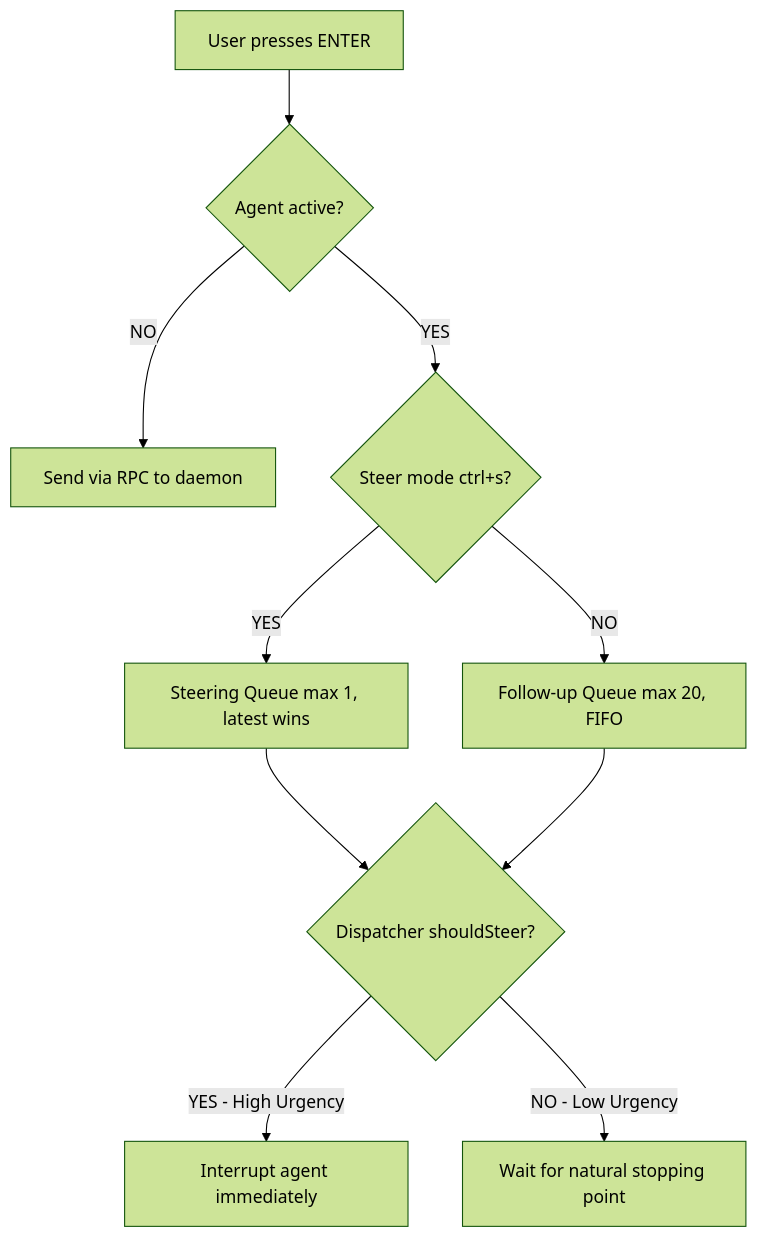
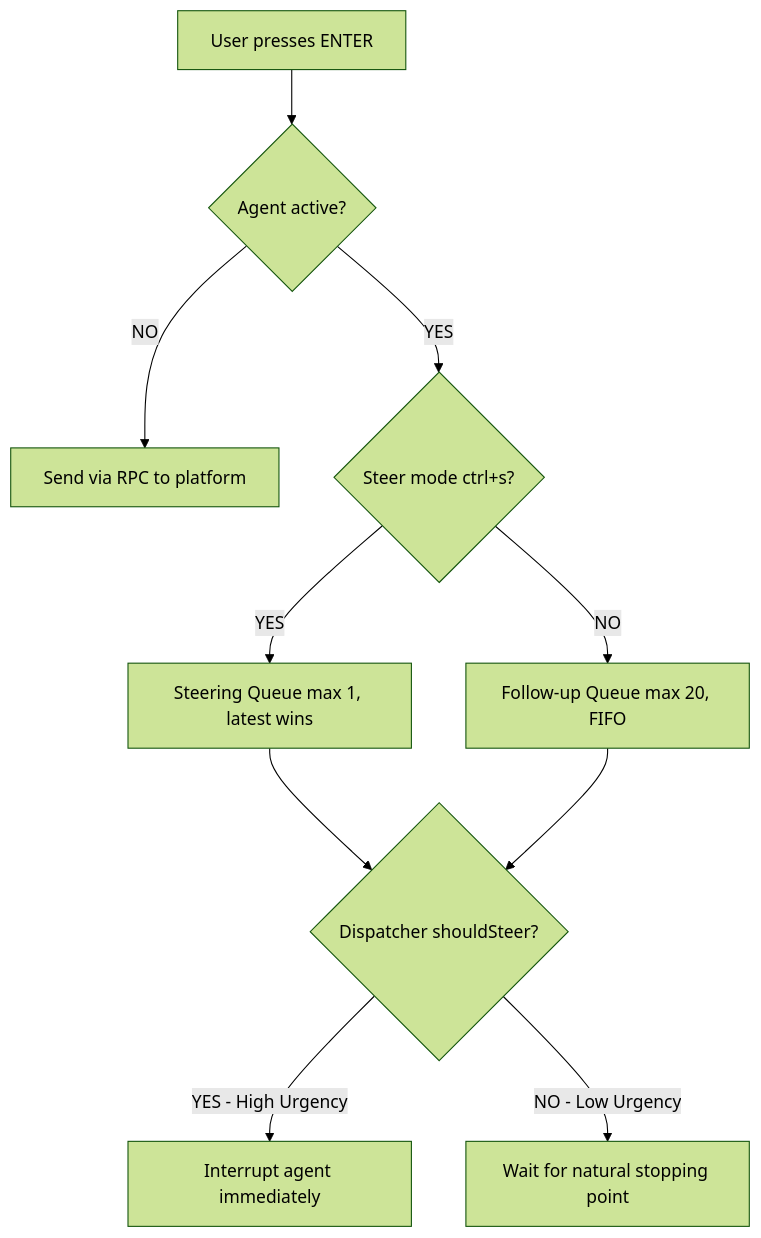
One commit to bhodgens/meept changed the first of 3 diagrams in docs/concepts/request-flow.md. Above: the diagram before and after it, drawn with Mermaid (forest theme). The commit also changed 57 other files, not shown here.

First line of the commit message:
docs: product rename daemon -> platform (concepts, reference, getting-started, workflows, tutorial, features, index)

````diff
--- a/docs/concepts/request-flow.md
+++ b/docs/concepts/request-flow.md
@@ -9,12 +9,12 @@
 ```mermaid
 flowchart TD
     User[User presses ENTER] --> Check{Agent active?}
-    Check -->|NO| RPC[Send via RPC to daemon]
+    Check -->|NO| RPC[Send via RPC to platform]
     Check -->|YES| SteerCheck{Steer mode ctrl+s?}
     SteerCheck -->|YES| SQ[Steering Queue max 1, latest wins]
     SteerCheck -->|NO| FQ[Follow-up Queue max 20, FIFO]
     SQ --> Disp{Dispatcher shouldSteer?}
     FQ --> Disp
     Disp -->|YES - High Urgency| Interrupt[Interrupt agent immediately]
     Disp -->|NO - Low Urgency| Wait[Wait for natural stopping point]
 ```
````
